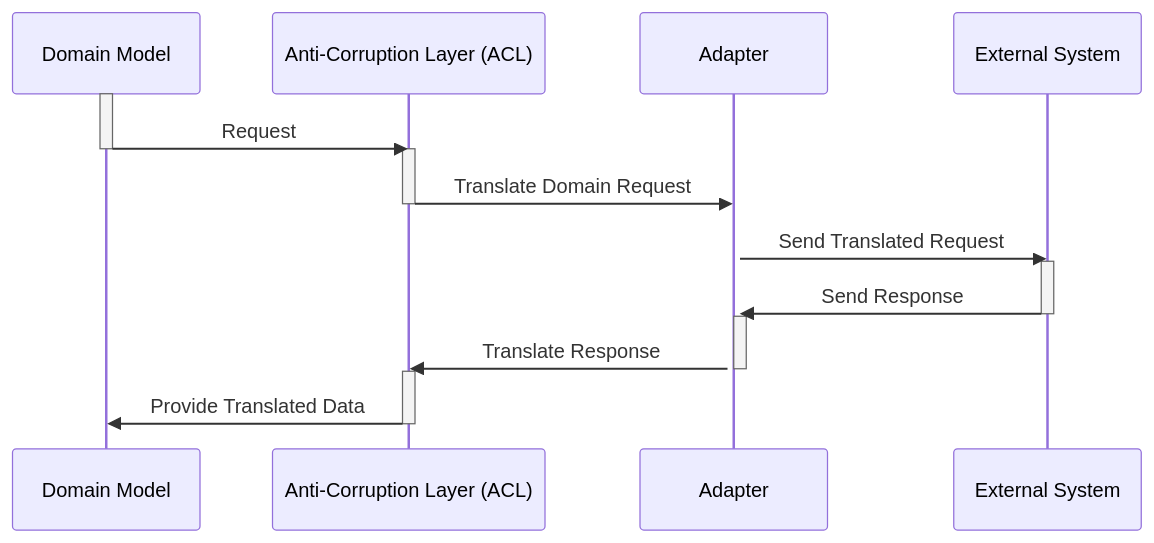
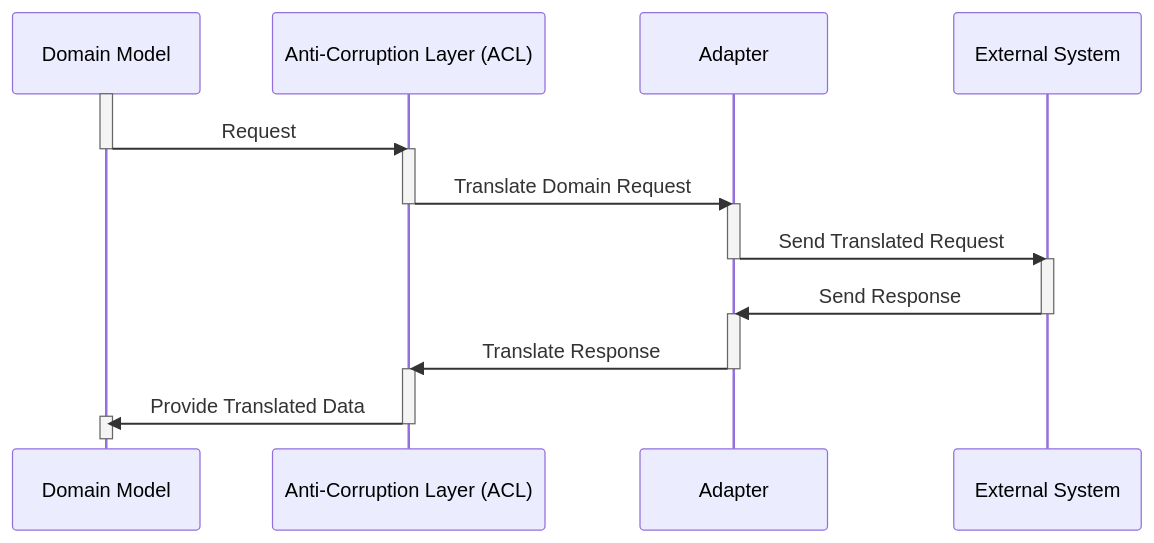
The diagram in src/docs/domain-driven-design/anti-corruption-layer.md (ardalis/DevIQ-gatsby), drawn with Mermaid before and after one commit.

Commit message:
Sync diagram activations to text

````diff
--- a/src/docs/domain-driven-design/anti-corruption-layer.md
+++ b/src/docs/domain-driven-design/anti-corruption-layer.md
@@ -32,24 +32,27 @@
 ```mermaid
 sequenceDiagram
     participant Domain Model
     participant ACL as Anti-Corruption Layer (ACL)
     participant Adapter
     participant External System
     activate Domain Model
     Domain Model->>ACL: Request
     deactivate Domain Model
     activate ACL
     ACL->>Adapter: Translate Domain Request
     deactivate ACL
     activate Adapter
     Adapter->>External System: Send Translated Request
+    deactivate Adapter
     activate External System
     External System->>Adapter: Send Response
     deactivate External System
     activate Adapter
     Adapter->>ACL: Translate Response
     deactivate Adapter
     activate ACL
     ACL->>Domain Model: Provide Translated Data
     deactivate ACL
+    activate Domain Model
+    deactivate Domain Model
 ```
````
